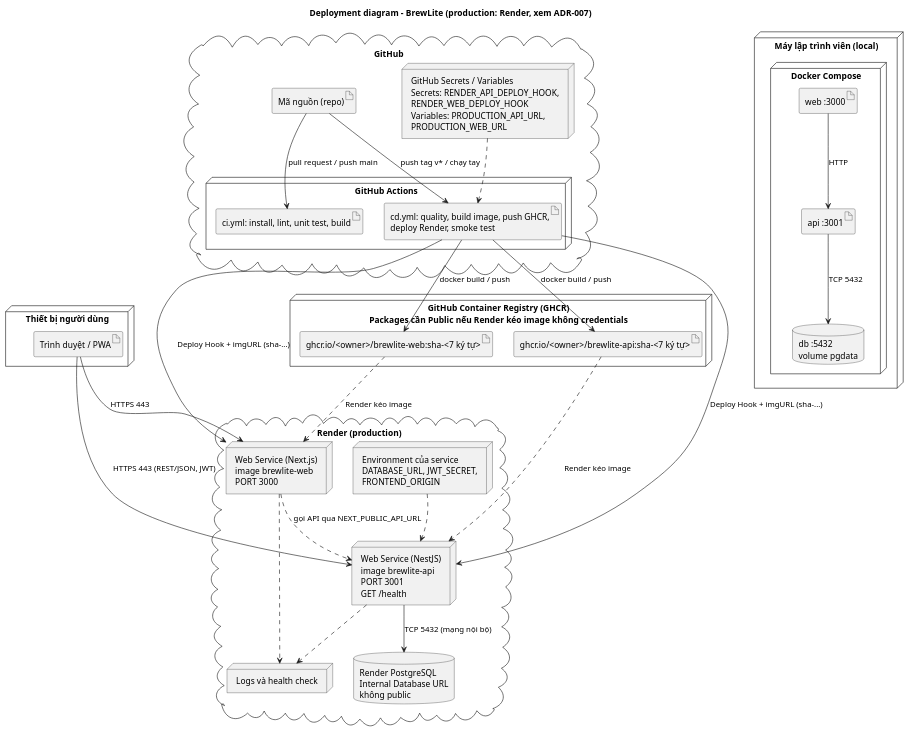
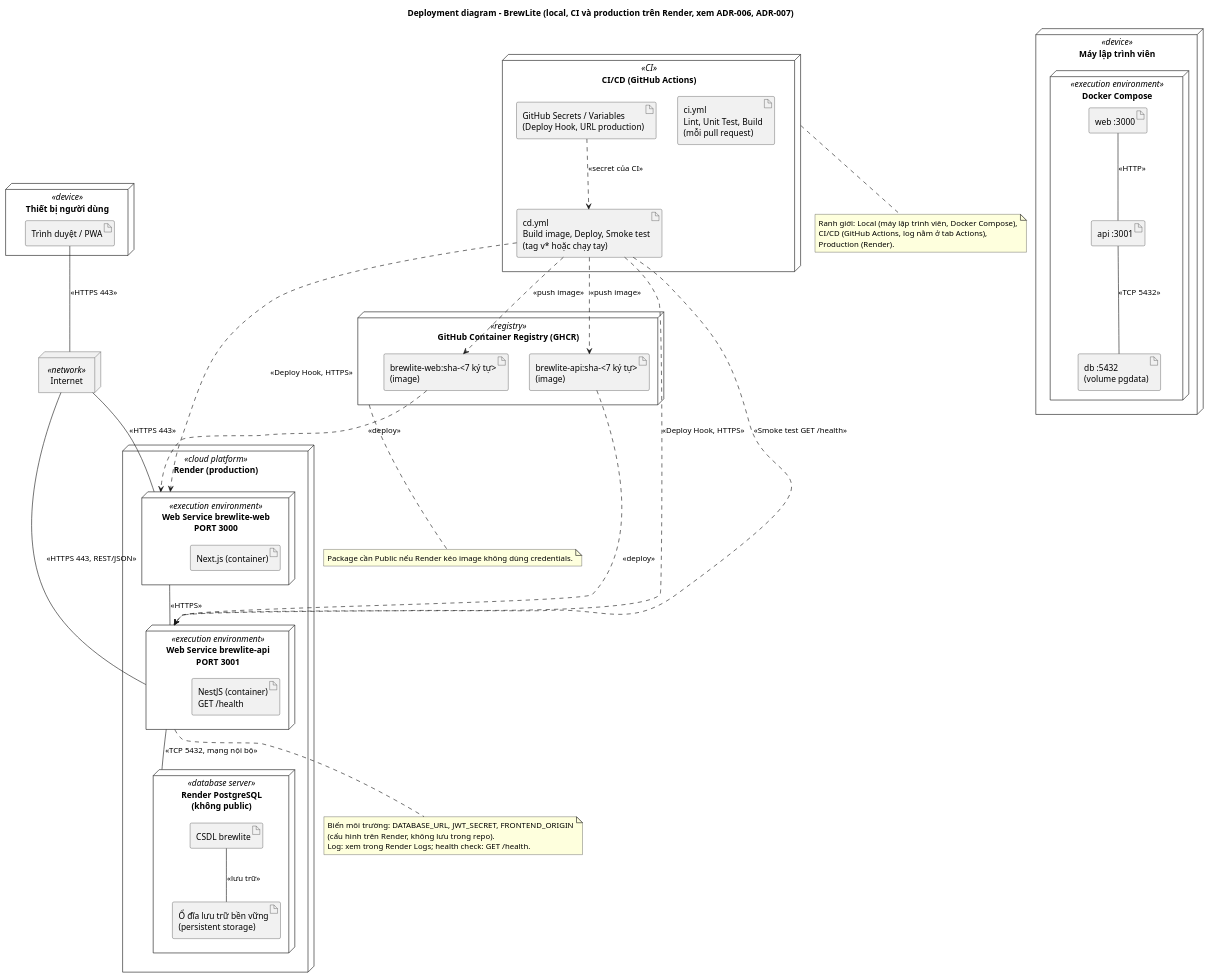
One commit to tthan-prog/BrewLite changed the diagram in docs/architecture/deployment-diagram.puml. Above: the diagram before and after it, drawn with PlantUML. The commit also changed 227 other files, not shown here.

```diff
--- a/docs/architecture/deployment-diagram.puml
+++ b/docs/architecture/deployment-diagram.puml
@@ -1,60 +1,75 @@
 @startuml deployment-diagram
-title Deployment diagram – BrewLite (production: Render, xem ADR-007)
+title Deployment diagram - BrewLite (local, CI và production trên Render, xem ADR-006, ADR-007)
 skinparam shadowing false
-skinparam nodeStyle rectangle
 
-node "Thiết bị người dùng" as DEV {
+node "Thiết bị người dùng" <<device>> as DEV {
   artifact "Trình duyệt / PWA" as BROWSER
 }
 
-node "Máy lập trình viên (local)" as LOCAL {
-  node "Docker Compose" as COMPOSE {
-    artifact "web :3000" as L_WEB
-    artifact "api :3001" as L_API
-    database "db :5432\nvolume pgdata" as L_DB
+node "Internet" <<network>> as NET
+
+node "CI/CD (GitHub Actions)" <<CI>> as CI {
+  artifact "ci.yml\nLint, Unit Test, Build\n(mỗi pull request)" as A_CI
+  artifact "cd.yml\nBuild image, Deploy, Smoke test\n(tag v* hoặc chạy tay)" as A_CD
+  artifact "GitHub Secrets / Variables\n(Deploy Hook, URL production)" as A_SEC
+}
+
+node "GitHub Container Registry (GHCR)" <<registry>> as REG {
+  artifact "brewlite-web:sha-<7 ký tự>\n(image)" as IMG_WEB
+  artifact "brewlite-api:sha-<7 ký tự>\n(image)" as IMG_API
+}
+
+node "Render (production)" <<cloud platform>> as PROD {
+  node "Web Service brewlite-web\nPORT 3000" <<execution environment>> as P_WEB {
+    artifact "Next.js (container)" as A_WEB
+  }
+  node "Web Service brewlite-api\nPORT 3001" <<execution environment>> as P_API {
+    artifact "NestJS (container)\nGET /health" as A_API
+  }
+  node "Render PostgreSQL\n(không public)" <<database server>> as P_DB {
+    artifact "CSDL brewlite" as A_DB
+    artifact "Ổ đĩa lưu trữ bền vững\n(persistent storage)" as A_DISK
   }
 }
 
-cloud "GitHub" as GH {
-  artifact "Mã nguồn (repo)" as REPO
-  node "GitHub Actions" as CI {
-    artifact "ci.yml: install, lint, unit test, build" as CIJOB
-    artifact "cd.yml: quality, build image, push GHCR,\ndeploy Render, smoke test" as CDJOB
+node "Máy lập trình viên" <<device>> as LOCAL {
+  node "Docker Compose" <<execution environment>> as COMPOSE {
+    artifact "web :3000" as L_WEB
+    artifact "api :3001" as L_API
+    artifact "db :5432\n(volume pgdata)" as L_DB
   }
-  node "GitHub Secrets / Variables\nSecrets: RENDER_API_DEPLOY_HOOK,\nRENDER_WEB_DEPLOY_HOOK\nVariables: PRODUCTION_API_URL,\nPRODUCTION_WEB_URL" as SECRETS
 }
 
-node "GitHub Container Registry (GHCR)\nPackages cần Public nếu Render kéo image không credentials" as REG {
-  artifact "ghcr.io/<owner>/brewlite-api:sha-<7 ký tự>" as IMG_API
-  artifact "ghcr.io/<owner>/brewlite-web:sha-<7 ký tự>" as IMG_WEB
-}
+BROWSER -- NET : <<HTTPS 443>>
+NET -- P_WEB : <<HTTPS 443>>
+NET -- P_API : <<HTTPS 443, REST/JSON>>
+P_WEB -- P_API : <<HTTPS>>
+P_API -- P_DB : <<TCP 5432, mạng nội bộ>>
+A_DB -- A_DISK : <<lưu trữ>>
 
-cloud "Render (production)" as PROD {
-  node "Web Service (Next.js)\nimage brewlite-web\nPORT 3000" as P_WEB
-  node "Web Service (NestJS)\nimage brewlite-api\nPORT 3001\nGET /health" as P_API
-  database "Render PostgreSQL\nInternal Database URL\nkhông public" as P_DB
-  node "Environment của service\nDATABASE_URL, JWT_SECRET,\nFRONTEND_ORIGIN" as P_ENV
-  node "Logs và health check" as P_LOG
-}
+A_CD ..> IMG_WEB : <<push image>>
+A_CD ..> IMG_API : <<push image>>
+A_CD ..> P_WEB : <<Deploy Hook, HTTPS>>
+A_CD ..> P_API : <<Deploy Hook, HTTPS>>
+A_CD ..> P_API : <<Smoke test GET /health>>
+IMG_WEB ..> P_WEB : <<deploy>>
+IMG_API ..> P_API : <<deploy>>
+A_SEC ..> A_CD : <<secret của CI>>
 
-BROWSER --> P_WEB : HTTPS 443
-BROWSER --> P_API : HTTPS 443 (REST/JSON, JWT)
-P_WEB ..> P_API : gọi API qua NEXT_PUBLIC_API_URL
-P_API --> P_DB : TCP 5432 (mạng nội bộ)
-P_ENV ..> P_API
-P_API ..> P_LOG
-P_WEB ..> P_LOG
+L_WEB -- L_API : <<HTTP>>
+L_API -- L_DB : <<TCP 5432>>
 
-REPO --> CIJOB : pull request / push main
-REPO --> CDJOB : push tag v* / chạy tay
-SECRETS ..> CDJOB
-CDJOB --> IMG_API : docker build / push
-CDJOB --> IMG_WEB : docker build / push
-CDJOB --> P_API : Deploy Hook + imgURL (sha-...)
-CDJOB --> P_WEB : Deploy Hook + imgURL (sha-...)
-IMG_API ..> P_API : Render kéo image
-IMG_WEB ..> P_WEB : Render kéo image
-
-L_WEB --> L_API : HTTP
-L_API --> L_DB : TCP 5432
+note bottom of P_API
+  Biến môi trường: DATABASE_URL, JWT_SECRET, FRONTEND_ORIGIN
+  (cấu hình trên Render, không lưu trong repo).
+  Log: xem trong Render Logs; health check: GET /health.
+end note
+note bottom of REG
+  Package cần Public nếu Render kéo image không dùng credentials.
+end note
+note bottom of CI
+  Ranh giới: Local (máy lập trình viên, Docker Compose),
+  CI/CD (GitHub Actions, log nằm ở tab Actions),
+  Production (Render).
+end note
 @enduml
```
